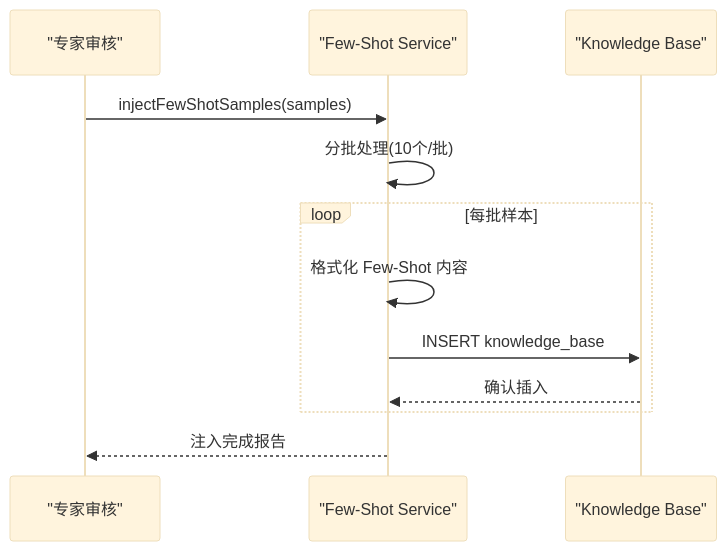
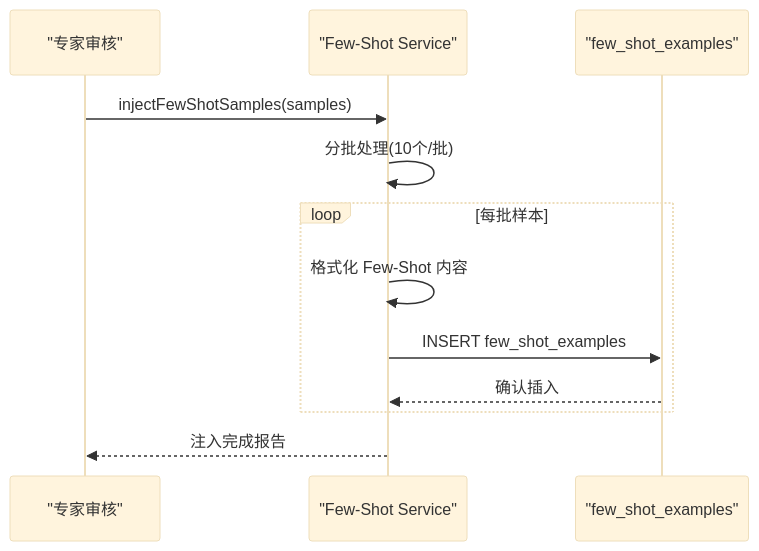
Diagram 16 of 17 in .qoder/repowiki/zh/content/AI与LLM集成/容错与故障转移.md (dgjin/smart-data-analytics), drawn with Mermaid (base theme) before and after one commit. The commit also changed other lines of this file and 100 other files, not shown here.

````diff
--- a/.qoder/repowiki/zh/content/AI与LLM集成/容错与故障转移.md
+++ b/.qoder/repowiki/zh/content/AI与LLM集成/容错与故障转移.md
@@ -622,14 +656,14 @@
 ```mermaid
 sequenceDiagram
 participant Expert as "专家审核"
 participant Service as "Few-Shot Service"
-participant KB as "Knowledge Base"
+participant KB as "few_shot_examples"
 Expert->>Service : injectFewShotSamples(samples)
 Service->>Service : 分批处理(10个/批)
 loop 每批样本
 Service->>Service : 格式化 Few-Shot 内容
-Service->>KB : INSERT knowledge_base
+Service->>KB : INSERT few_shot_examples
 KB-->>Service : 确认插入
 end
 Service-->>Expert : 注入完成报告
 ```
````
